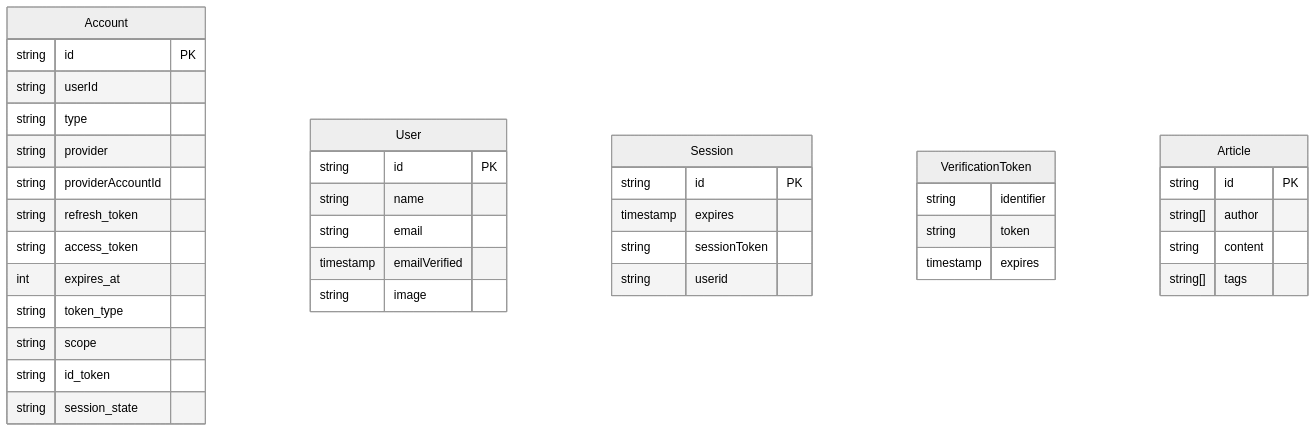
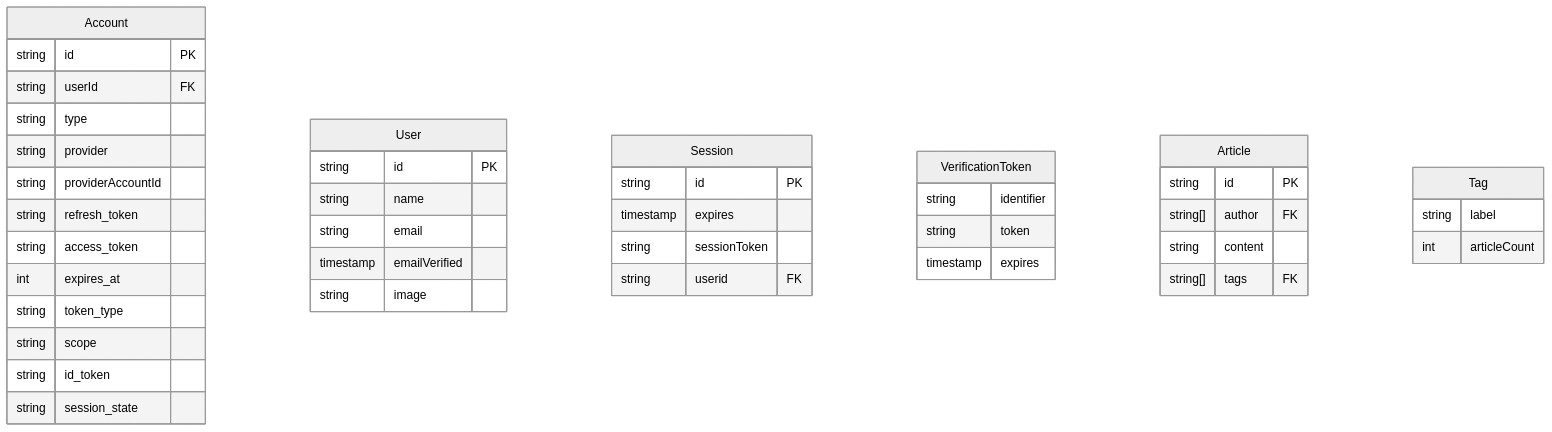
The fourth of 5 diagrams in Capstone/Diagrams.md (4ry1337/my-obsidian), drawn with Mermaid (neutral theme) before and after one commit. The commit also changed 2 other files, not shown here.

Commit message:
vault backup: 2024-01-16 20:14:12

````diff
--- a/Capstone/Diagrams.md
+++ b/Capstone/Diagrams.md
@@ -91,41 +91,45 @@
 ```mermaid
 erDiagram
 Account {
 	string id PK  
-	string userId  
+	string userId FK  
 	string type
 	string provider  
 	string providerAccountId  
 	string refresh_token  
 	string access_token  
 	int expires_at  
 	string token_type  
 	string scope  
 	string id_token  
 	string session_state
 }
 User {
 	string id PK
 	string name
 	string email
 	timestamp emailVerified
 	string image
 }
 Session {
 	string id PK
 	timestamp expires
 	string sessionToken
-	string userid
+	string userid FK
 }
 VerificationToken {
 	string identifier
 	string token
 	timestamp expires
 }
 Article {
 	string id PK
-	string[] author
+	string[] author FK
 	string content
-	string[] tags
+	string[] tags FK
+}
+Tag {
+	string label
+	int articleCount
 }
 ```
````
